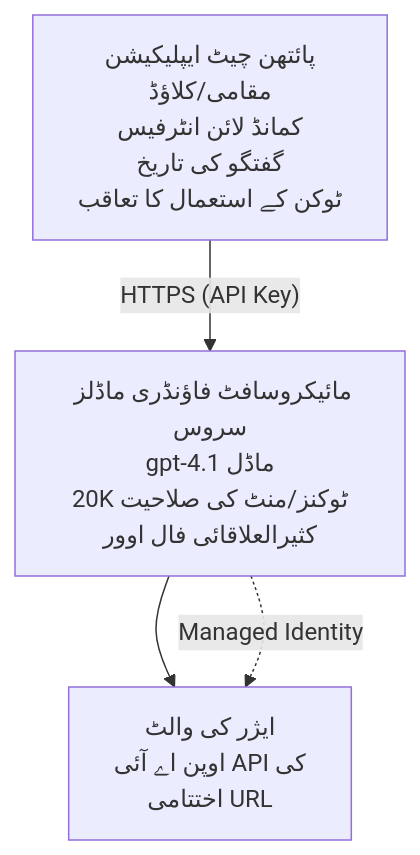
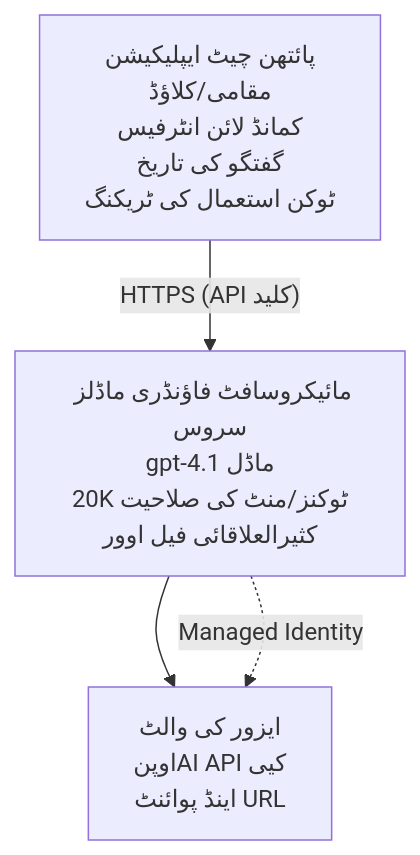
Before and after one commit to microsoft/AZD-for-beginners: the diagram in translations/ur/examples/azure-openai-chat/README.md, drawn with Mermaid. The commit also changed other lines of this file and 104 other files, not shown here.

````diff
--- a/translations/ur/examples/azure-openai-chat/README.md
+++ b/translations/ur/examples/azure-openai-chat/README.md
@@ -26,6 +26,6 @@
 ```mermaid
 graph TD
-    App[پائتھن چیٹ ایپلیکیشن<br/>مقامی/کلاؤڈ<br/>کمانڈ لائن انٹرفیس<br/>گفتگو کی تاریخ<br/>ٹوکن کے استعمال کا تعاقب] -- "HTTPS (API Key)" --> Foundry[مائیکروسافٹ فاؤنڈری ماڈلز سروس<br/>gpt-4.1 ماڈل<br/>20K ٹوکنز/منٹ کی صلاحیت<br/>کثیرالعلاقائی فال اوور]
-    Foundry --> KV[ایژر کی والٹ<br/>اوپن اے آئی API کی<br/>اختتامی URL]
+    App[پائتھن چیٹ ایپلیکیشن<br/>مقامی/کلاؤڈ<br/>کمانڈ لائن انٹرفیس<br/>گفتگو کی تاریخ<br/>ٹوکن استعمال کی ٹریکنگ] -- "HTTPS (API کلید)" --> Foundry[مائیکروسافٹ فاؤنڈری ماڈلز سروس<br/>gpt-4.1 ماڈل<br/>20K ٹوکنز/منٹ کی صلاحیت<br/>کثیرالعلاقائی فیل اوور]
+    Foundry --> KV[ایزور کی والٹ<br/>اوپنAI API کیی<br/>اینڈ پوائنٹ URL]
     Foundry -. Managed Identity .-> KV
 ```
````
